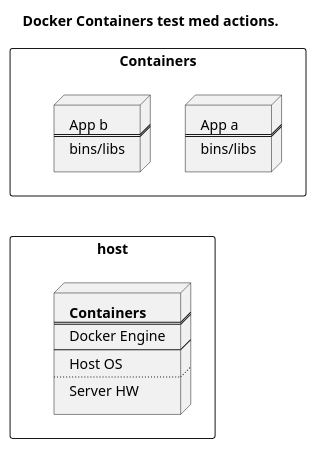
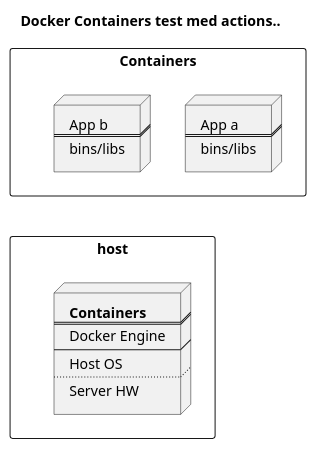
The diagram in docs/test.puml (danskernesdigitalebibliotek/plantuml), drawn with PlantUML before and after one commit.

```diff
--- a/docs/test.puml
+++ b/docs/test.puml
@@ -1,33 +1,33 @@
 @startuml
-Title Docker Containers test med actions.
+Title Docker Containers test med actions..
 
 rectangle Containers {
     node mynodea [
         App a
         ====
         bins/libs
     ]
 
     node mynodeb [
         App b
         ====
         bins/libs
     ]
 }
 
 rectangle host {
 
     node mynodec [
         <b>Containers</b>
         ====
         Docker Engine
         ----
         Host OS
         ....
         Server HW
     ]
 }
 
 Containers -[hidden]- host
 
 @endtuml
```
